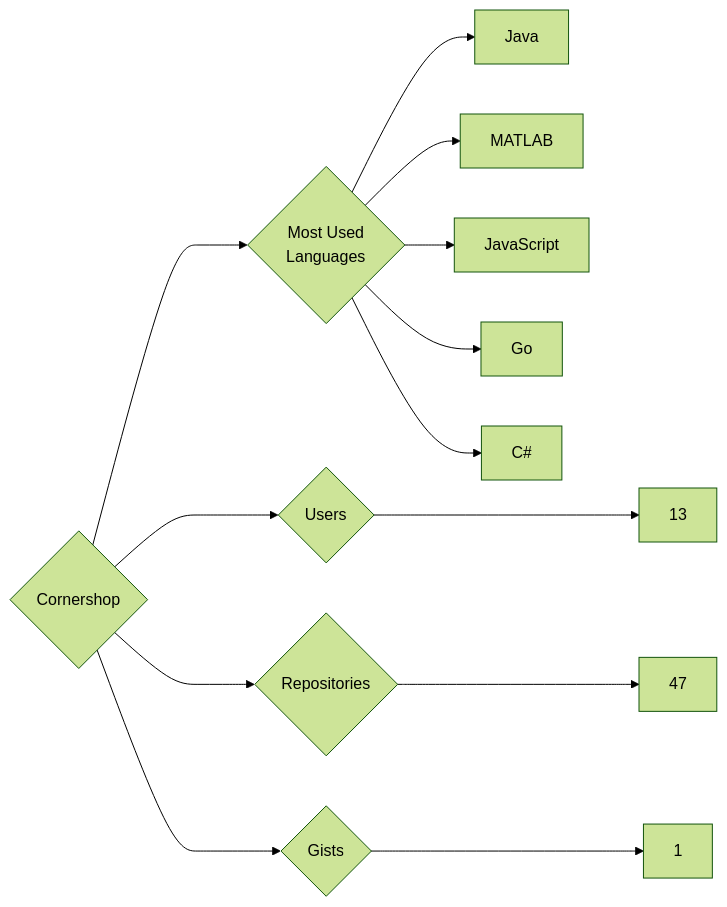
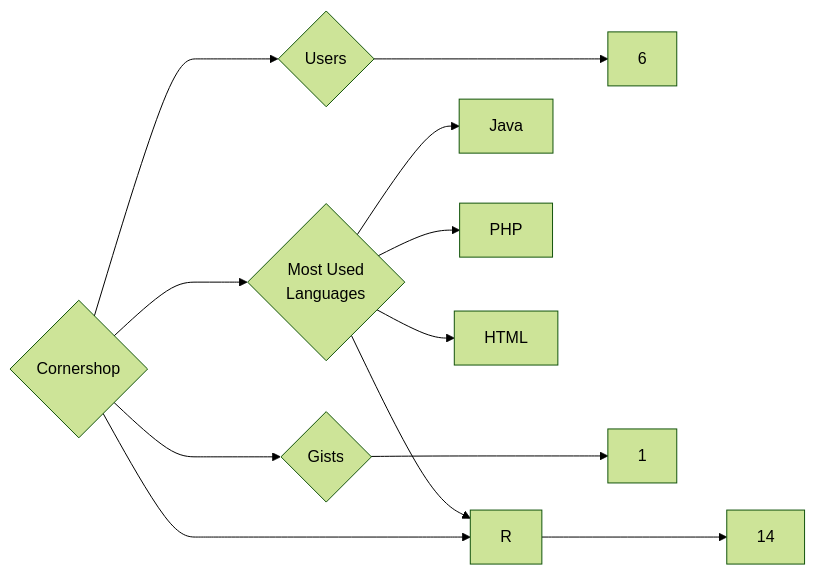
Before and after one commit to trickest/insiders: the diagram in targets/Cornershop/README.md, drawn with Mermaid (forest theme). The commit also changed 1123 other files, not shown here.

````diff
--- a/targets/Cornershop/README.md
+++ b/targets/Cornershop/README.md
@@ -3,13 +3,12 @@
 ```mermaid
 graph LR
 COMPANY_NAME{Cornershop}
-COMPANY_NAME ---> U{Users} ---> UN[13]
-COMPANY_NAME ---> R{Repositories} ---> RN[47]
+COMPANY_NAME ---> U{Users} ---> UN[6]
+COMPANY_NAME ---> R{Repositories} ---> RN[14]
 COMPANY_NAME ---> G{Gists} ---> GN[1]
 COMPANY_NAME ---> ML{Most Used<br>Languages}
 ML --> Java[Java]
-ML --> MATLAB[MATLAB]
-ML --> JavaScript[JavaScript]
-ML --> Go[Go]
-ML --> C#[C#]
+ML --> R[R]
+ML --> PHP[PHP]
+ML --> HTML[HTML]
 ```
````
